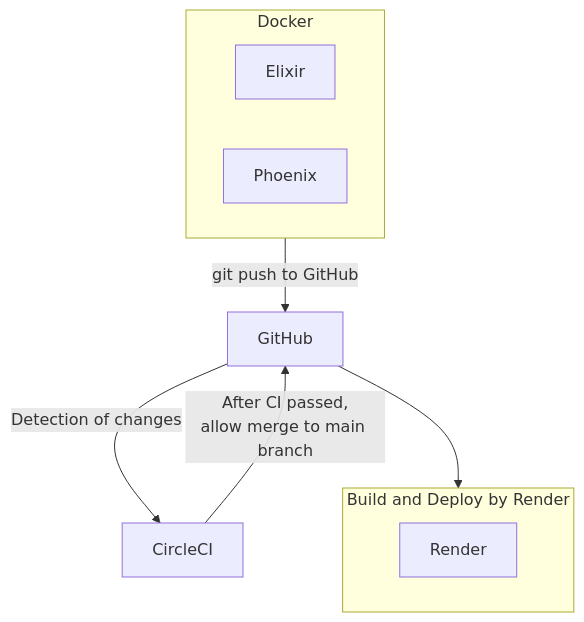
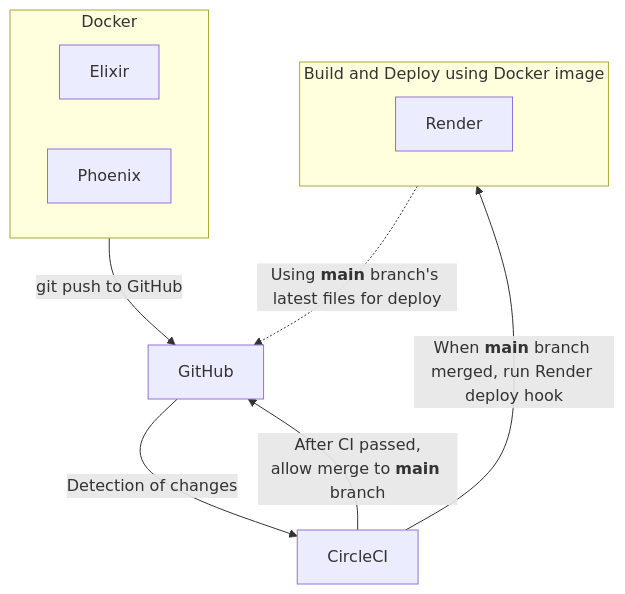
The diagram in README.md (miolab/kokuraex), drawn with Mermaid before and after one commit. The commit also changed other lines of this file and 3 other files, not shown here.

````diff
--- a/README.md
+++ b/README.md
@@ -9,14 +9,15 @@
 ```mermaid
 graph TD;
 subgraph Docker
     Elixir
     Phoenix
 end
-subgraph R[Build and Deploy by Render]
+subgraph R[Build and Deploy using Docker image]
     Render
 end
     Docker-->|git push to GitHub|GH[GitHub];
     GH-->|Detection of changes|CI[CircleCI];
-    CI-->|After CI passed,<br>allow merge to main branch|GH;
-    GH-->R;
+    CI-->|After CI passed,<br>allow merge to <strong>main</strong> branch|GH;
+    CI-->|When <strong>main</strong> branch merged, run Render deploy hook|R;
+    R-.->|Using <strong>main</strong> branch's latest files for deploy|GH;
 ```
````
